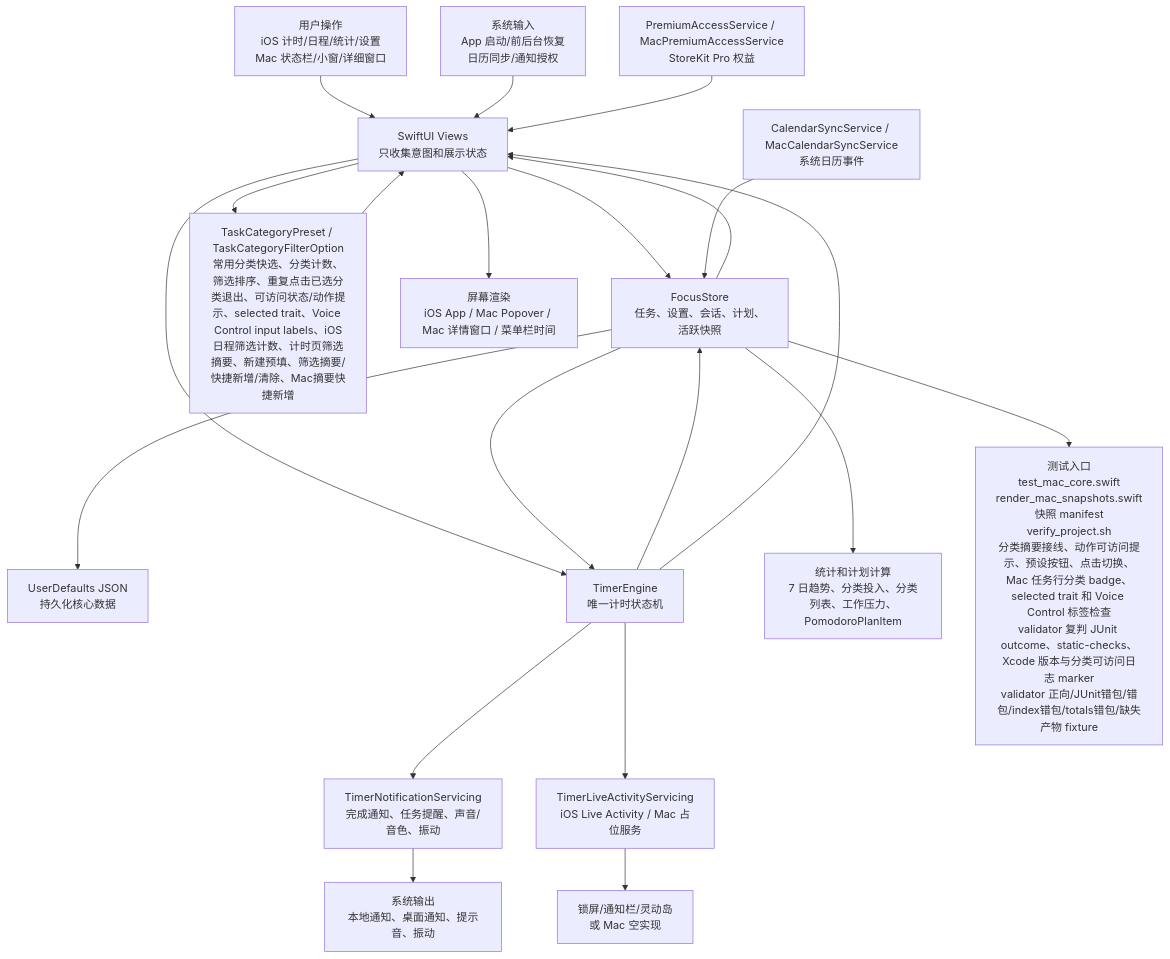
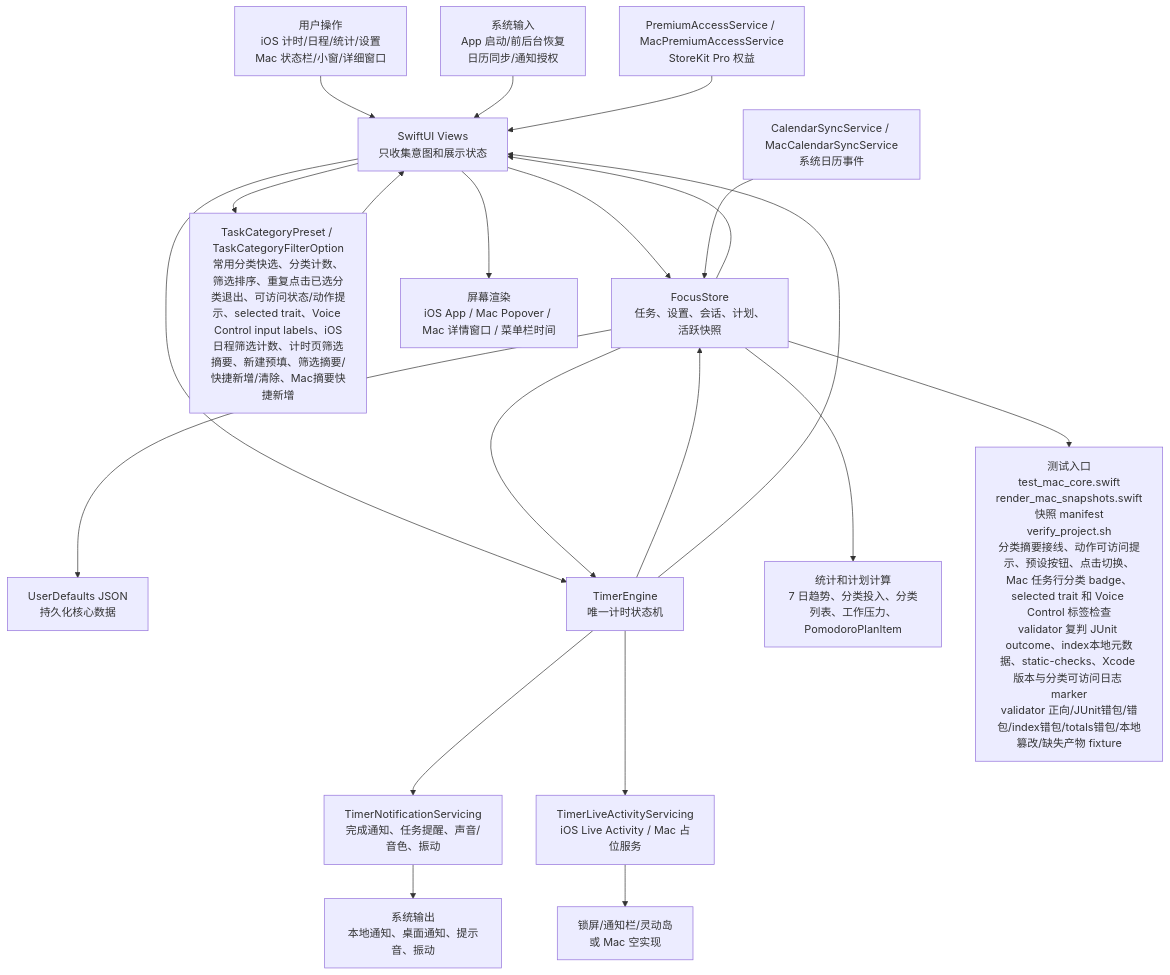
The first of 6 diagrams in md/flow/flowchart.md (Altman-sam114/114), drawn with Mermaid before and after one commit. The commit also changed other lines of this file and 7 other files, not shown here.

````diff
--- a/md/flow/flowchart.md
+++ b/md/flow/flowchart.md
@@ -9,23 +9,23 @@
 ```mermaid
 flowchart TD
   U["用户操作<br/>iOS 计时/日程/统计/设置<br/>Mac 状态栏/小窗/详细窗口"] --> V["SwiftUI Views<br/>只收集意图和展示状态"]
   SYS["系统输入<br/>App 启动/前后台恢复<br/>日历同步/通知授权"] --> V
   V --> S["FocusStore<br/>任务、设置、会话、计划、活跃快照"]
   V --> CAT["TaskCategoryPreset / TaskCategoryFilterOption<br/>常用分类快选、分类计数、筛选排序、重复点击已选分类退出、可访问状态/动作提示、selected trait、Voice Control input labels、iOS日程筛选计数、计时页筛选摘要、新建预填、筛选摘要/快捷新增/清除、Mac摘要快捷新增"]
   CAT --> V
   S --> P["UserDefaults JSON<br/>持久化核心数据"]
   V --> E["TimerEngine<br/>唯一计时状态机"]
   S --> E
   E --> S
   E --> N["TimerNotificationServicing<br/>完成通知、任务提醒、声音/音色、振动"]
   E --> L["TimerLiveActivityServicing<br/>iOS Live Activity / Mac 占位服务"]
   S --> C["统计和计划计算<br/>7 日趋势、分类投入、分类列表、工作压力、PomodoroPlanItem"]
   CAL["CalendarSyncService / MacCalendarSyncService<br/>系统日历事件"] --> S
   PRO["PremiumAccessService / MacPremiumAccessService<br/>StoreKit Pro 权益"] --> V
   S --> V
   E --> V
   V --> OUT["屏幕渲染<br/>iOS App / Mac Popover / Mac 详情窗口 / 菜单栏时间"]
   N --> OUT2["系统输出<br/>本地通知、桌面通知、提示音、振动"]
   L --> OUT3["锁屏/通知栏/灵动岛<br/>或 Mac 空实现"]
-  S --> T["测试入口<br/>test_mac_core.swift<br/>render_mac_snapshots.swift<br/>快照 manifest<br/>verify_project.sh<br/>分类摘要接线、动作可访问提示、预设按钮、点击切换、Mac 任务行分类 badge、selected trait 和 Voice Control 标签检查<br/>validator 复判 JUnit outcome、static-checks、Xcode 版本与分类可访问日志 marker<br/>validator 正向/JUnit错包/错包/index错包/totals错包/缺失产物 fixture"]
+  S --> T["测试入口<br/>test_mac_core.swift<br/>render_mac_snapshots.swift<br/>快照 manifest<br/>verify_project.sh<br/>分类摘要接线、动作可访问提示、预设按钮、点击切换、Mac 任务行分类 badge、selected trait 和 Voice Control 标签检查<br/>validator 复判 JUnit outcome、index本地元数据、static-checks、Xcode 版本与分类可访问日志 marker<br/>validator 正向/JUnit错包/错包/index错包/totals错包/本地篡改/缺失产物 fixture"]
 ```
````
